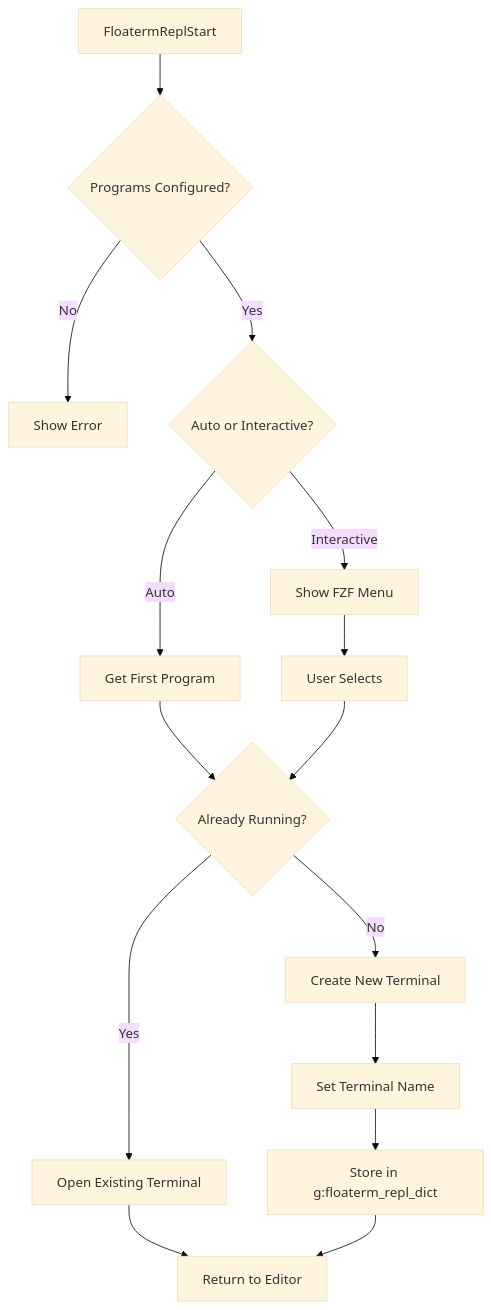
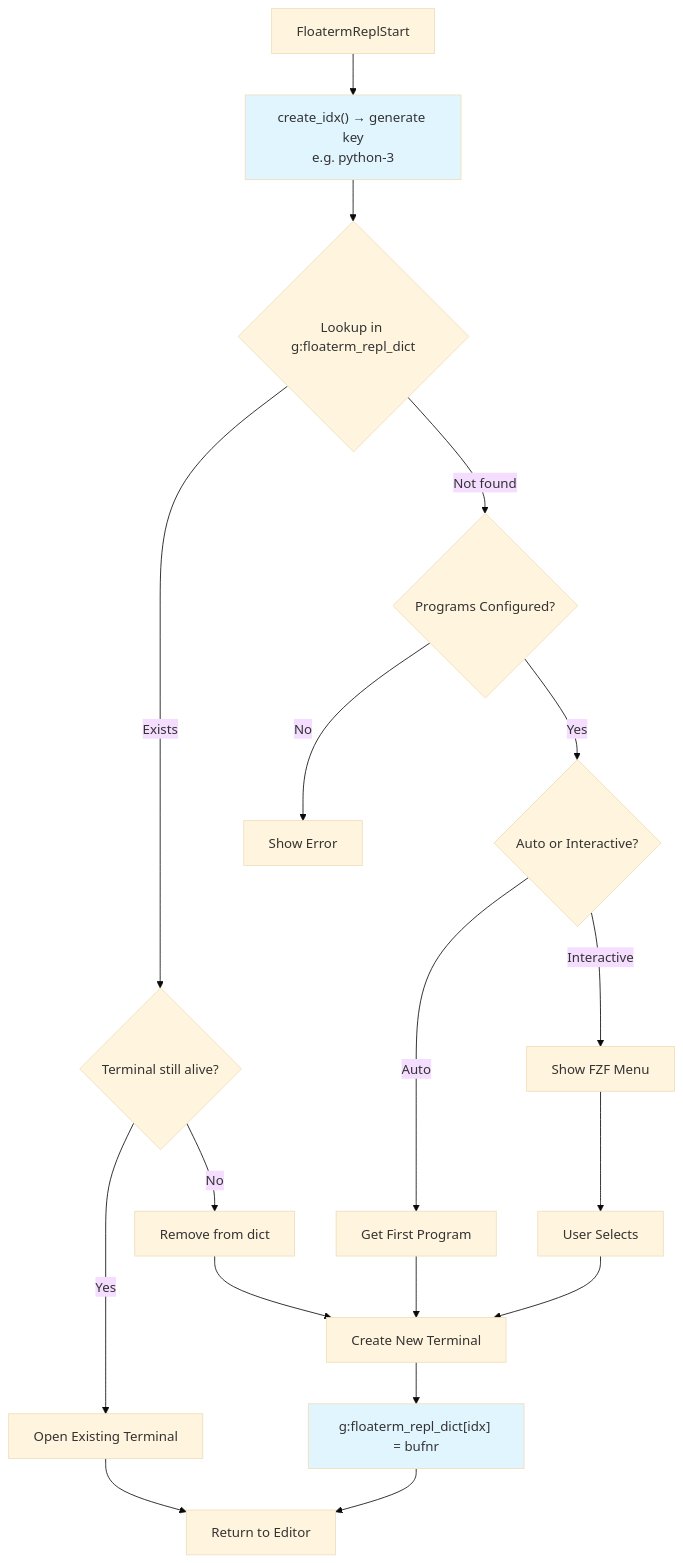
One commit to leoatchina/vim-floaterm-enhance changed the third of 5 diagrams in README.md. Above: the diagram before and after it, drawn with Mermaid (base theme). The commit also changed other lines of this file and 1 other file, not shown here.

````diff
--- a/README.md
+++ b/README.md
@@ -145,17 +186,21 @@
 ```mermaid
 graph TB
-    Start[FloatermReplStart] --> Check{Programs Configured?}
+    Start[FloatermReplStart] --> GenIdx["create_idx() → generate key<br/>e.g. python-3"]
+    GenIdx --> Lookup{Lookup in g:floaterm_repl_dict}
+    Lookup -->|Exists| Validate{Terminal still alive?}
+    Validate -->|Yes| OpenExist[Open Existing Terminal]
+    Validate -->|No| Remove[Remove from dict] --> NewREPL
+    Lookup -->|Not found| Check{Programs Configured?}
     Check -->|No| Error[Show Error]
     Check -->|Yes| SelectMode{Auto or Interactive?}
     SelectMode -->|Auto| GetFirst[Get First Program]
     SelectMode -->|Interactive| ShowMenu[Show FZF Menu]
-    GetFirst --> CheckRunning{Already Running?}
-    ShowMenu --> UserSelect[User Selects]
-    UserSelect --> CheckRunning
-    CheckRunning -->|Yes| OpenExist[Open Existing Terminal]
-    CheckRunning -->|No| CreateNew[Create New Terminal]
-    CreateNew --> SetName[Set Terminal Name]
-    SetName --> StoreMap[Store in g:floaterm_repl_dict]
-    OpenExist --> Return[Return to Editor]
-    StoreMap --> Return
+    GetFirst --> NewREPL[Create New Terminal]
+    ShowMenu --> UserSelect[User Selects] --> NewREPL
+    NewREPL --> StoreMap["g:floaterm_repl_dict[idx] = bufnr"]
+    StoreMap --> Return[Return to Editor]
+    OpenExist --> Return
+
+    style GenIdx fill:#e1f5fe
+    style StoreMap fill:#e1f5fe
 ```
````
